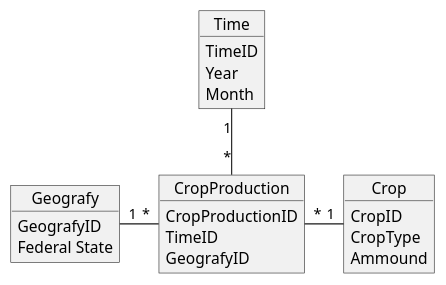
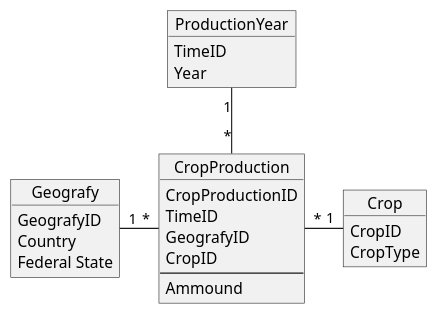
The diagram in UML/StarSchema.puml (Noah274/DSAI_Feldfruchtproduktion), drawn with PlantUML before and after one commit. The commit also changed 8 other files, not shown here.

Commit message:
added the table statements and corrected the star schema

```diff
--- a/UML/StarSchema.puml
+++ b/UML/StarSchema.puml
@@ -1,29 +1,31 @@
 @startuml
-  object Time{
+  object ProductionYear{
     TimeID
     Year
-    Month
   }
   
   object Geografy{
     GeografyID
+    Country
     Federal State
   }
   
   object CropProduction{
     CropProductionID
     TimeID
     GeografyID
+    CropID
+    ---
+    Ammound
   }
   
   object Crop{
     CropID
     CropType
-    Ammound
   }
   
-  CropProduction "*" -up- "1" Time
+  CropProduction "*" -up- "1" ProductionYear
   CropProduction "*" -left- "1" Geografy
   CropProduction "*" -right- "1" Crop
 
 @enduml
```
